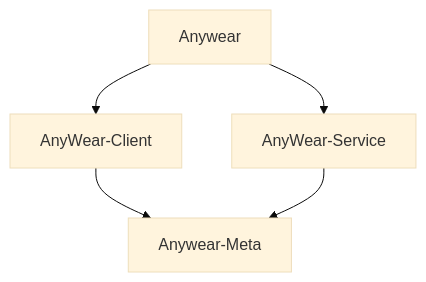
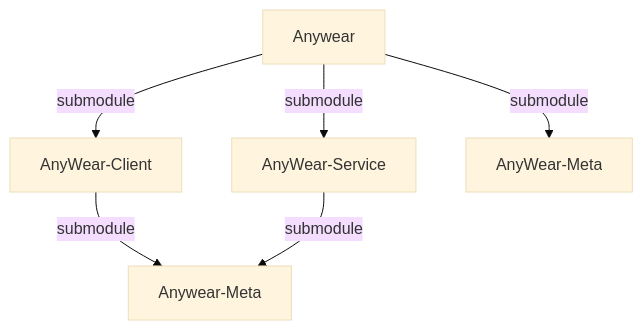
Before and after one commit to git-malu/AnyWear-E2E: the diagram in AGENTS.md, drawn with Mermaid (base theme).

````diff
--- a/AGENTS.md
+++ b/AGENTS.md
@@ -20,7 +20,8 @@
 ```mermaid
 graph TD
-    Anywear --> AnyWear-Client
-    Anywear --> AnyWear-Service
-    AnyWear-Client --> Anywear-Meta
-    AnyWear-Service --> Anywear-Meta
+    Anywear --> |submodule| AnyWear-Client 
+    Anywear --> |submodule| AnyWear-Service
+    Anywear --> |submodule| AnyWear-Meta
+    AnyWear-Client --> |submodule| Anywear-Meta
+    AnyWear-Service --> |submodule| Anywear-Meta
 ```
````
